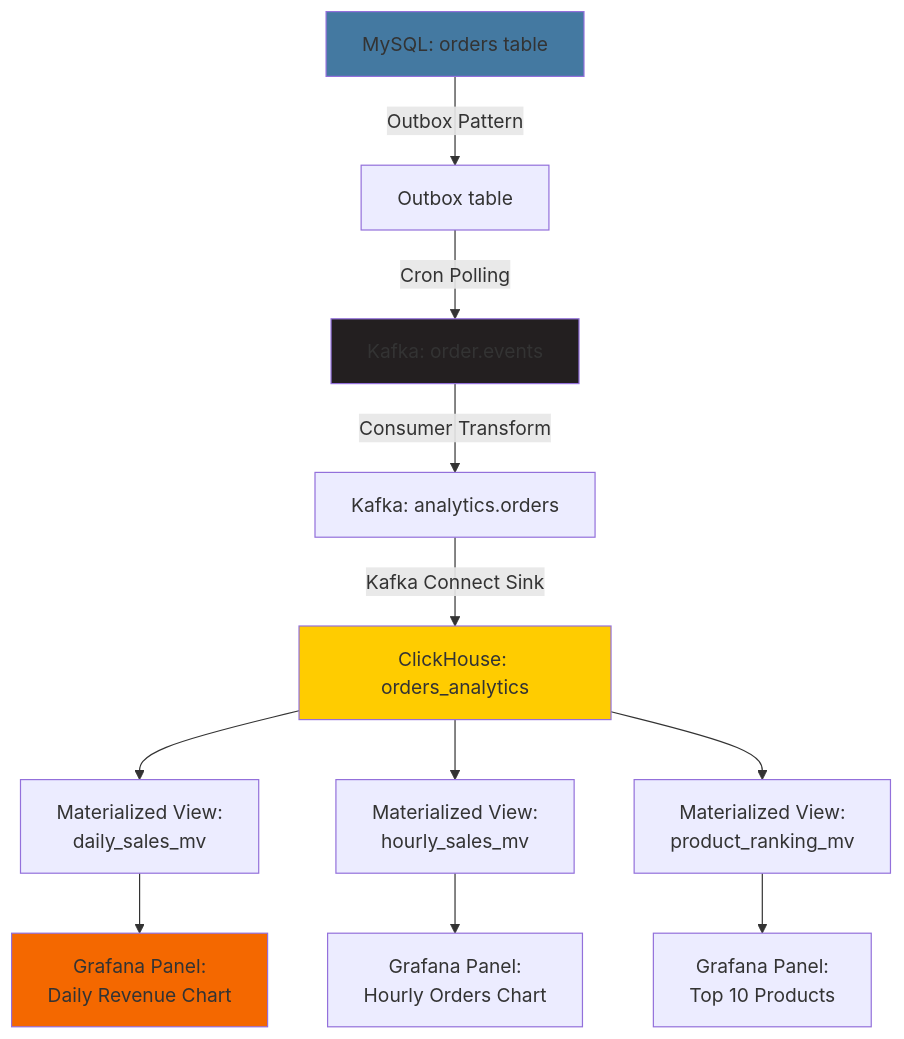
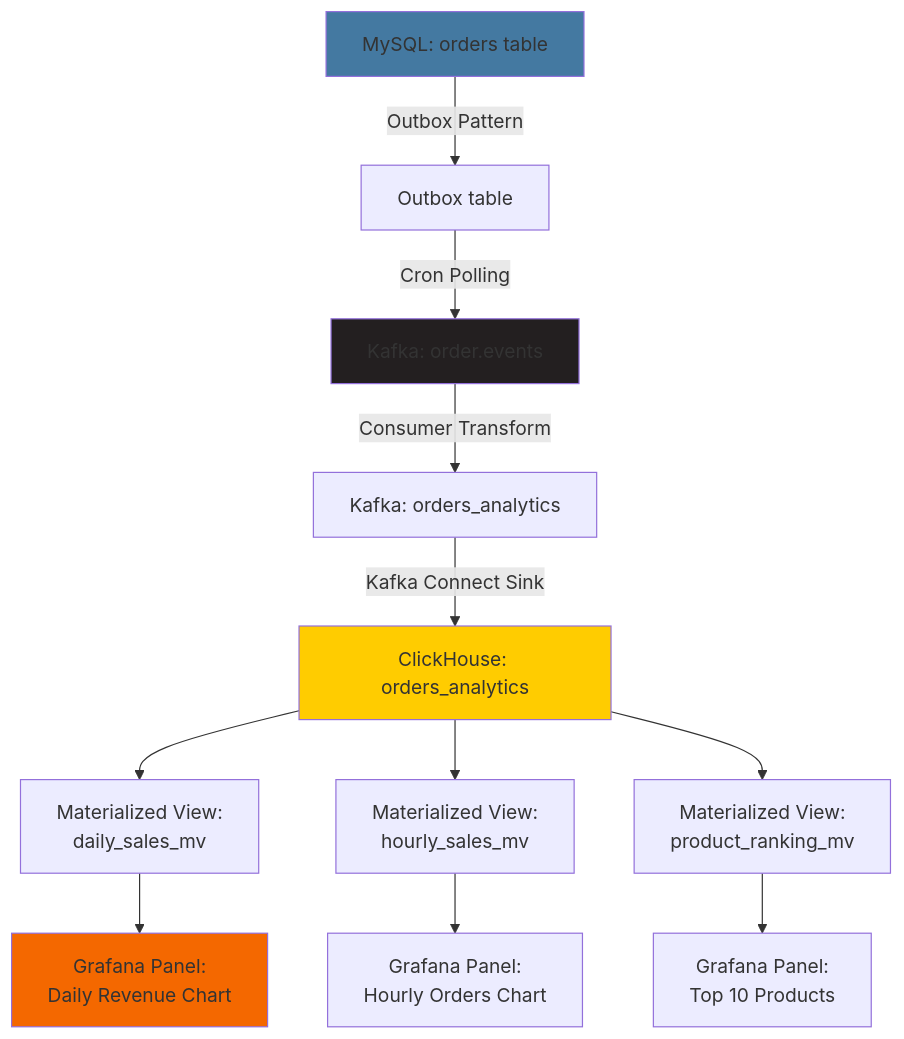
The eighth of 9 diagrams in docs/architecture/system-architecture-diagram.md (duarbdhks/nestjs-cllickhouse), drawn with Mermaid before and after one commit. The commit also changed other lines of this file and 3 other files, not shown here.

````diff
--- a/docs/architecture/system-architecture-diagram.md
+++ b/docs/architecture/system-architecture-diagram.md
@@ -376,20 +376,20 @@
 ```mermaid
 flowchart TD
     A[MySQL: orders table] -->|Outbox Pattern| B[Outbox table]
     B -->|Cron Polling| C[Kafka: order.events]
-    C -->|Consumer Transform| D[Kafka: analytics.orders]
+    C -->|Consumer Transform| D[Kafka: orders_analytics]
     D -->|Kafka Connect Sink| E[ClickHouse: orders_analytics]
 
     E --> F[Materialized View:<br/>daily_sales_mv]
     E --> G[Materialized View:<br/>hourly_sales_mv]
     E --> H[Materialized View:<br/>product_ranking_mv]
 
     F --> I[Grafana Panel:<br/>Daily Revenue Chart]
     G --> J[Grafana Panel:<br/>Hourly Orders Chart]
     H --> K[Grafana Panel:<br/>Top 10 Products]
 
     style A fill:#4479A1
     style C fill:#231f20
     style E fill:#ffcc00
     style I fill:#f46800
 ```
````
